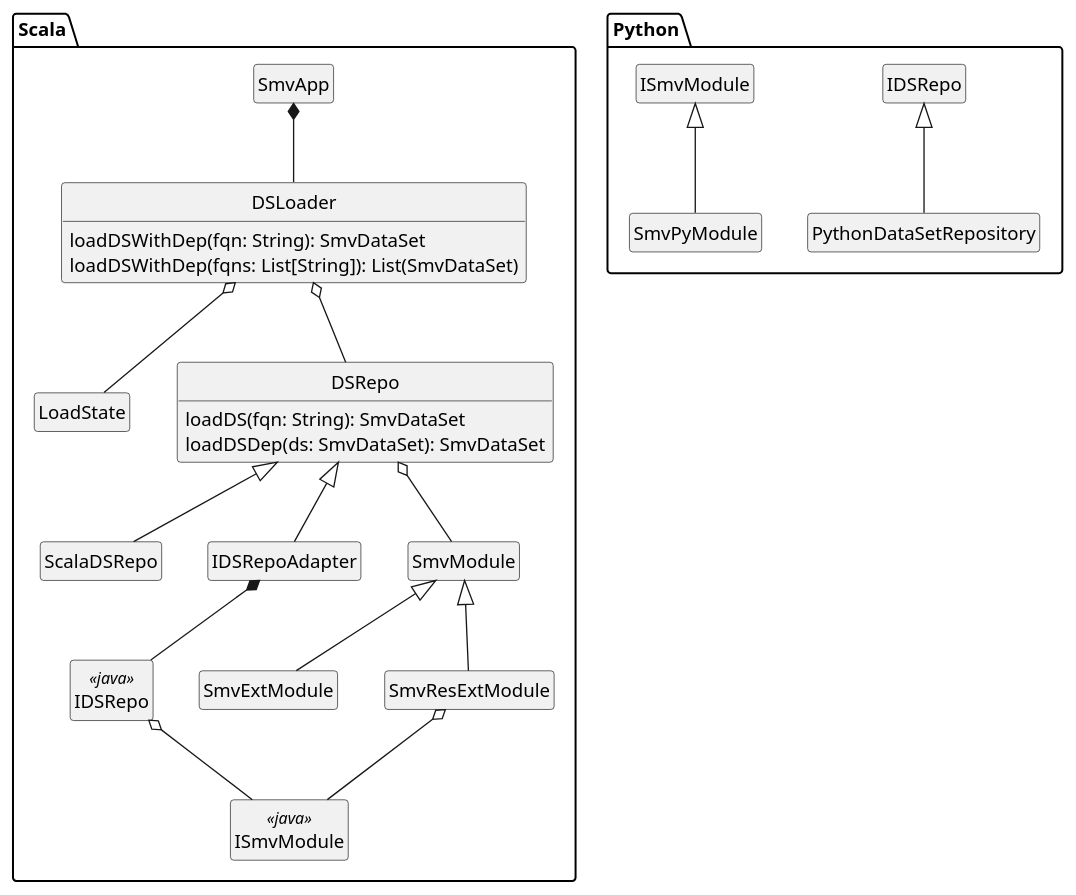
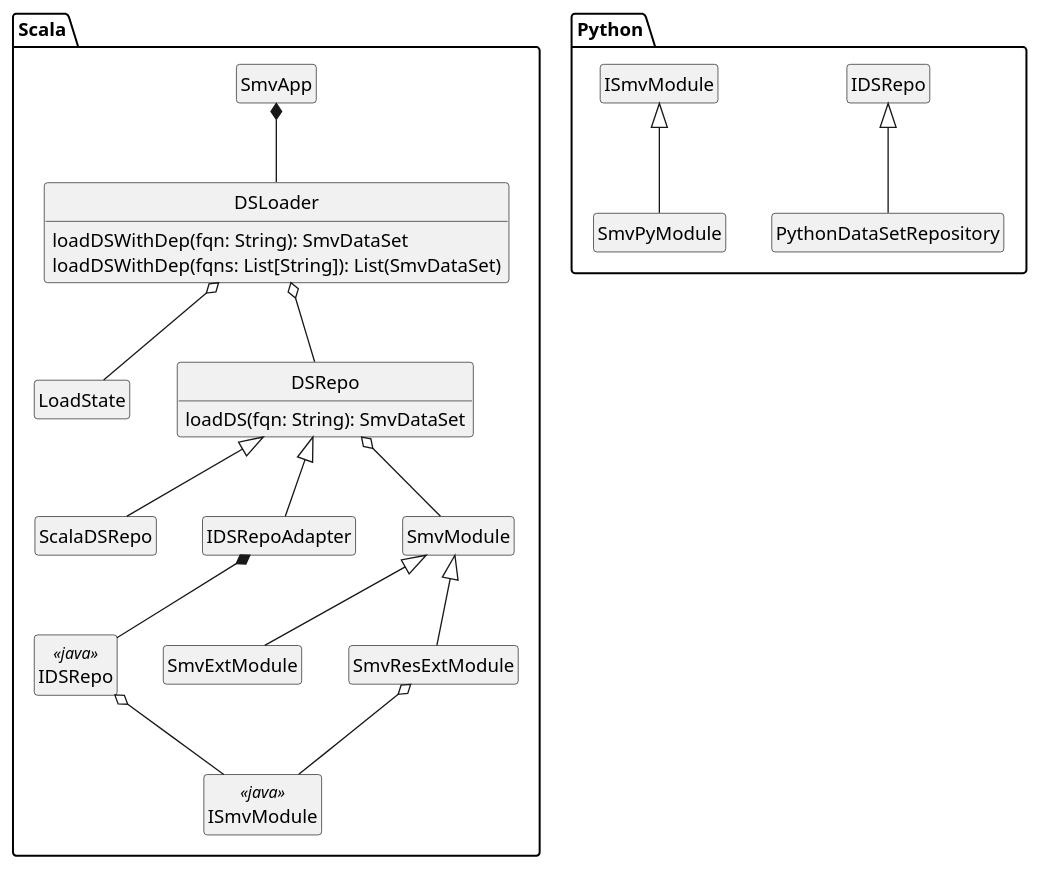
One commit to TresAmigosSD/SMV changed the diagram in docs/design/DSLoader/DSLoader_class.puml. Above: the diagram before and after it, drawn with PlantUML.

Commit message:
remove loadDS method from DSRepo in DSLoader class diagram

```diff
--- a/docs/design/DSLoader/DSLoader_class.puml
+++ b/docs/design/DSLoader/DSLoader_class.puml
@@ -1,40 +1,39 @@
 @startuml
 
 hide empty methods
 hide empty fields
 hide circle
 
 package Scala {
   class SmvApp
   class DSLoader {
     loadDSWithDep(fqn: String): SmvDataSet
     loadDSWithDep(fqns: List[String]): List(SmvDataSet)
   }
   class LoadState
   class DSRepo {
     loadDS(fqn: String): SmvDataSet
-    loadDSDep(ds: SmvDataSet): SmvDataSet
   }
   class ScalaDSRepo extends DSRepo
   class IDSRepoAdapter extends DSRepo
   class IDSRepo <<java>>
   class SmvModule
   class SmvExtModule extends SmvModule
   class SmvResExtModule extends SmvModule
   class ISmvModule <<java>>
 
   SmvApp *-- DSLoader
   DSLoader o-- LoadState
   DSLoader o-- DSRepo
   DSRepo o-- SmvModule
   SmvResExtModule o-- ISmvModule
   IDSRepoAdapter *-- IDSRepo
   IDSRepo o-- ISmvModule
 }
 
 package Python {
   class PythonDataSetRepository extends IDSRepo
   class SmvPyModule extends ISmvModule
 }
 
 @enduml
```
